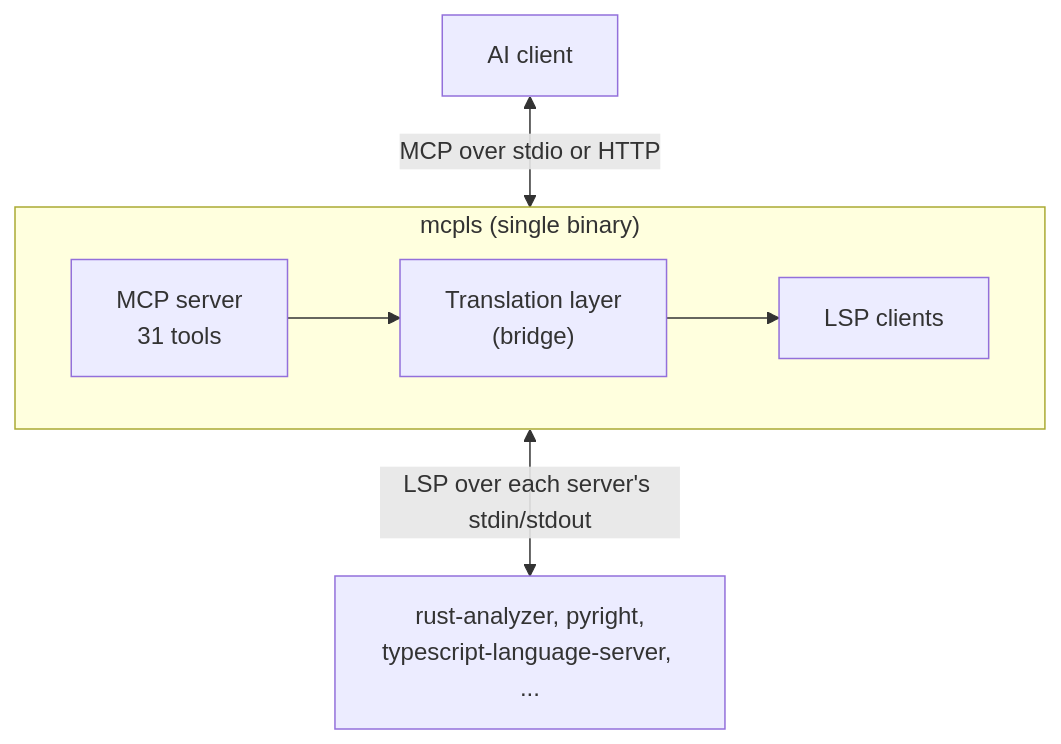
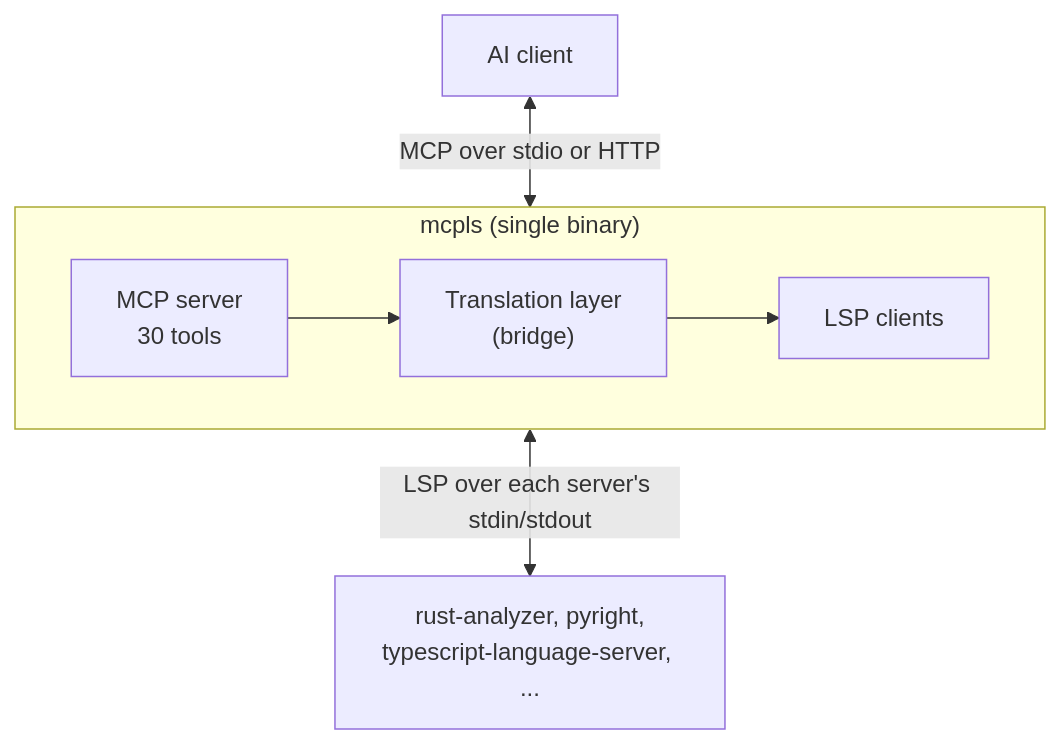
One commit to insomnes/mcpls changed the first of 2 diagrams in book/src/advanced/architecture.md. Above: the diagram before and after it, drawn with Mermaid. The commit also changed 22 other files, not shown here.

````diff
--- a/book/src/advanced/architecture.md
+++ b/book/src/advanced/architecture.md
@@ -11,11 +11,11 @@
 ```mermaid
 flowchart TB
     Client["AI client"]
     subgraph mcpls["mcpls (single binary)"]
         direction LR
-        MCP["MCP server<br/>31 tools"] --> Bridge["Translation layer<br/>(bridge)"] --> LSPc["LSP clients"]
+        MCP["MCP server<br/>30 tools"] --> Bridge["Translation layer<br/>(bridge)"] --> LSPc["LSP clients"]
     end
     Servers["rust-analyzer, pyright,<br/>typescript-language-server, ..."]
     Client <-->|"MCP over stdio or HTTP"| MCP
     LSPc <-->|"LSP over each server's stdin/stdout"| Servers
 ```
````
